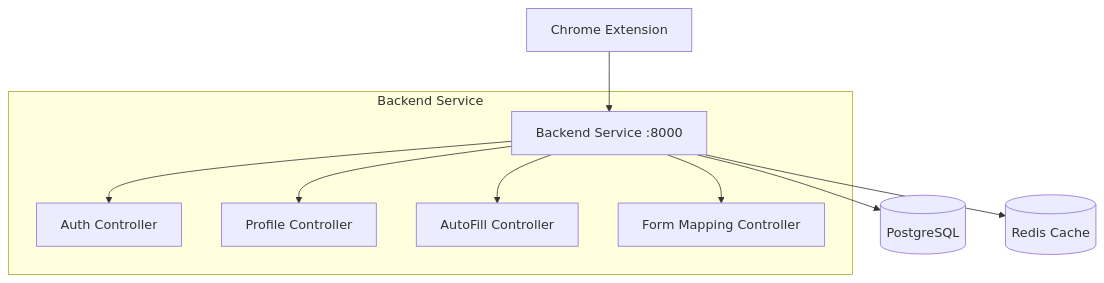
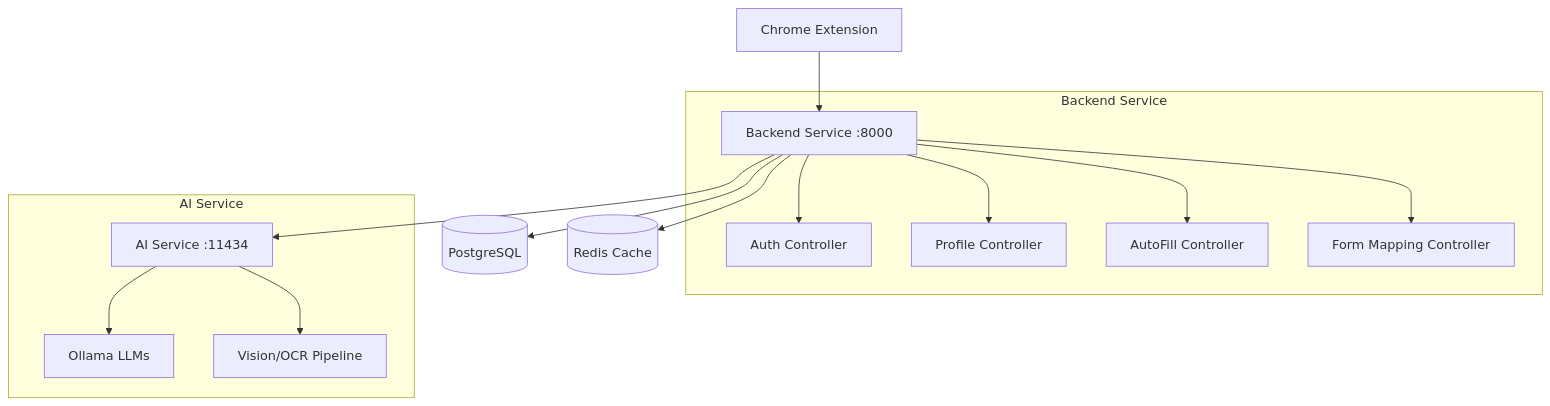
One commit to laythfadhala/AutoFill-Copilot changed the diagram in README.md. Above: the diagram before and after it, drawn with Mermaid. The commit also changed other lines of this file, not shown here.

Commit message:
Update README.md: change architecture description to multi-service, add AI service details, and enhance setup instructions

````diff
--- a/README.md
+++ b/README.md
@@ -188,13 +217,19 @@
 ```mermaid
 graph TB
-    A[Chrome Extension] --> B[Backend Service :8000]
-    B --> C[(PostgreSQL)]
-    B --> D[(Redis Cache)]
+  A[Chrome Extension] --> B[Backend Service :8000]
+  B --> C[(PostgreSQL)]
+  B --> D[(Redis Cache)]
+  B --> E[AI Service :11434]
 
-    subgraph "Backend Service"
-        B --> F[Auth Controller]
-        B --> G[Profile Controller]
-        B --> H[AutoFill Controller]
-        B --> I[Form Mapping Controller]
-    end
+  subgraph "Backend Service"
+    B --> F[Auth Controller]
+    B --> G[Profile Controller]
+    B --> H[AutoFill Controller]
+    B --> I[Form Mapping Controller]
+  end
+
+  subgraph "AI Service"
+    E --> J[Ollama LLMs]
+    E --> K[Vision/OCR Pipeline]
+  end
 ```
````
